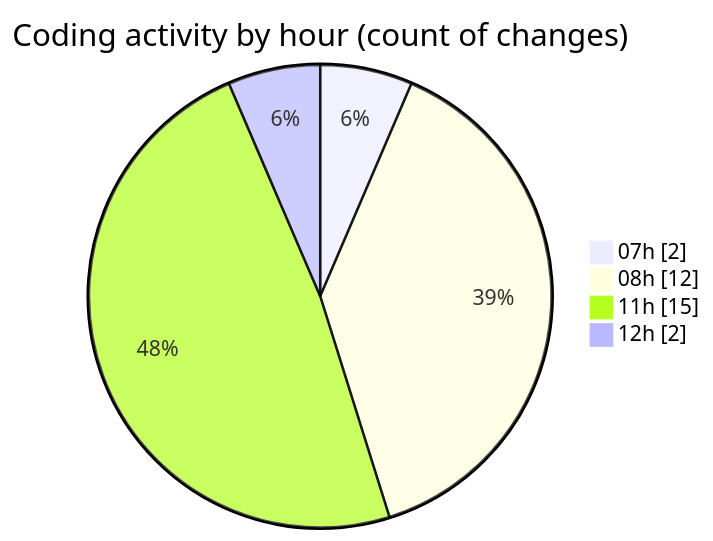
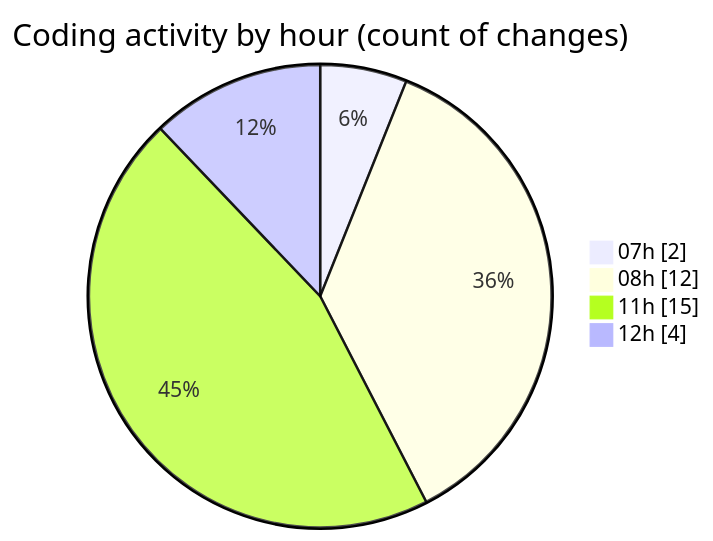
One commit to LanceThiago/code-tracking changed the second of 2 diagrams in 2026-08-28/oficina/README.md. Above: the diagram before and after it, drawn with Mermaid. The commit also changed other lines of this file and 1 other file, not shown here.

````diff
--- a/2026-08-28/oficina/README.md
+++ b/2026-08-28/oficina/README.md
@@ -28,8 +28,8 @@
 ```mermaid
 pie showData
 title Coding activity by hour (count of changes)
 "07h" : 2
 "08h" : 12
 "11h" : 15
-"12h" : 2
+"12h" : 4
 ```
````
